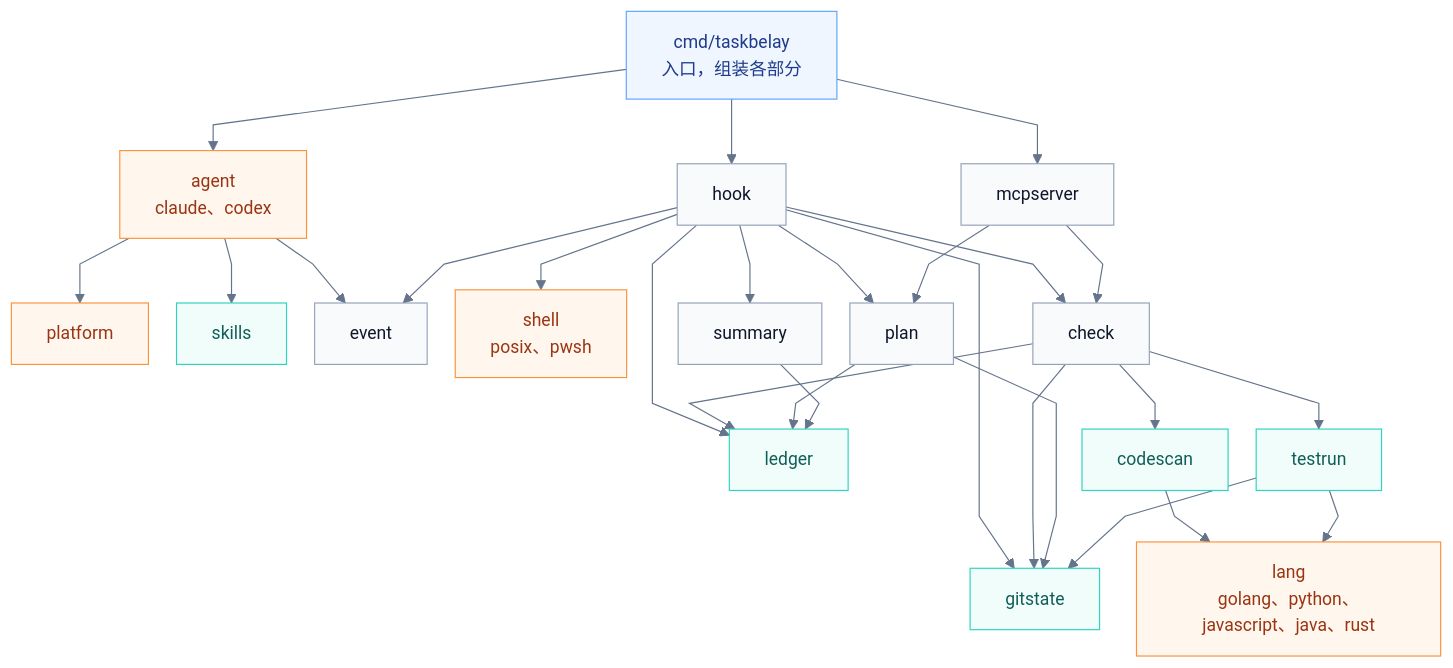
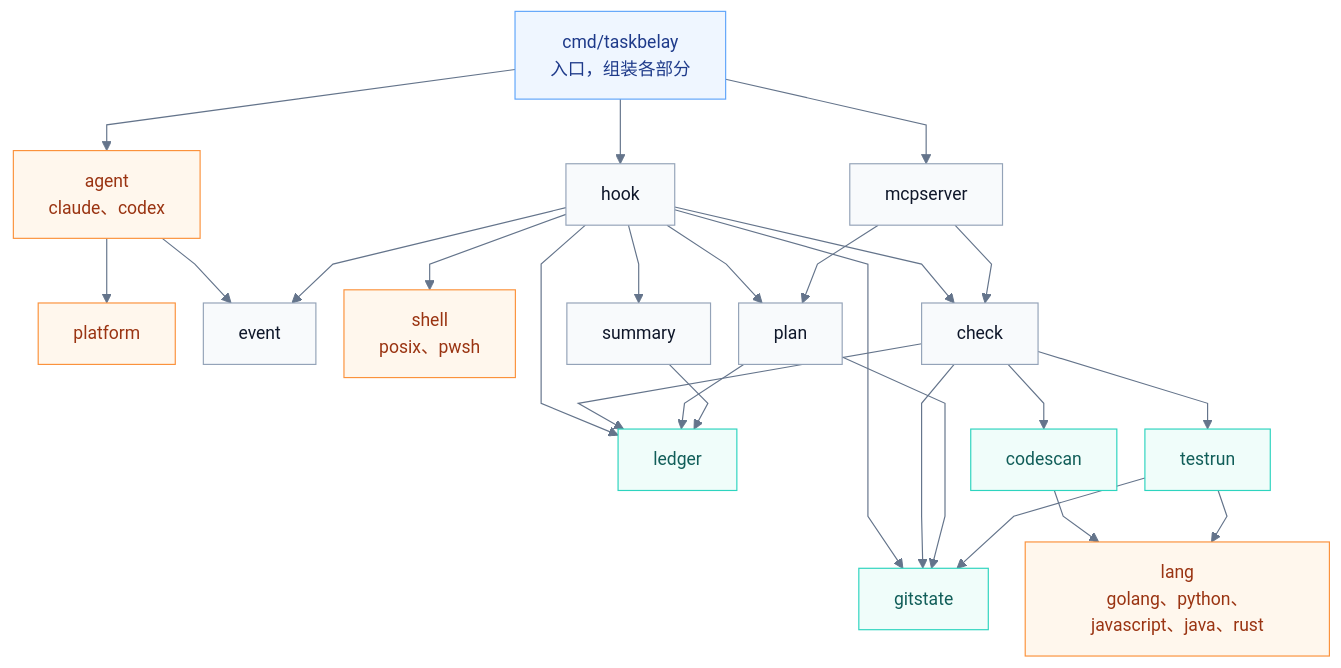
The second of 3 diagrams in docs/product-architecture.md (Innocent-children/TaskBelay), drawn with Mermaid before and after one commit. The commit also changed other lines of this file and 21 other files, not shown here.

````diff
--- a/docs/product-architecture.md
+++ b/docs/product-architecture.md
@@ -113,42 +110,41 @@
 ```mermaid
 %%{init: {"theme": "base", "themeVariables": {"fontFamily": "PingFang SC, Microsoft YaHei, sans-serif", "fontSize": "15px", "edgeLabelBackground": "#ffffff", "lineColor": "#64748b"}, "flowchart": {"curve": "linear", "nodeSpacing": 24, "rankSpacing": 44}}}%%
 flowchart TB
     CMD["cmd/taskbelay<br/>入口，组装各部分"]
 
     CMD --> AGENT["agent<br/>claude、codex"]
     CMD --> HOOK["hook"]
     CMD --> MCPS["mcpserver"]
 
     AGENT --> PLATFORM["platform"]
-    AGENT --> SKILLS["skills"]
     AGENT --> EVENT["event"]
     HOOK --> EVENT
     HOOK --> LEDGER
     HOOK --> GITSTATE
     HOOK --> SHELL["shell<br/>posix、pwsh"]
     HOOK --> CHECK["check"]
     HOOK --> PLAN["plan"]
     HOOK --> SUMMARY["summary"]
     MCPS --> CHECK
     MCPS --> PLAN
 
     CHECK --> CODESCAN["codescan"]
     CHECK --> TESTRUN["testrun"]
     CHECK --> GITSTATE["gitstate"]
     CHECK --> LEDGER["ledger"]
     PLAN --> GITSTATE
     PLAN --> LEDGER
     SUMMARY --> LEDGER
     CODESCAN --> LANG["lang<br/>golang、python、javascript、java、rust"]
     TESTRUN --> LANG
     TESTRUN --> GITSTATE
 
     classDef entry fill:#eff6ff,stroke:#60a5fa,color:#1e3a8a;
     classDef diff fill:#fff7ed,stroke:#fb923c,color:#9a3412;
     classDef logic fill:#f8fafc,stroke:#94a3b8,color:#0f172a;
     classDef data fill:#f0fdfa,stroke:#2dd4bf,color:#115e59;
     class CMD entry;
     class AGENT,PLATFORM,SHELL,LANG diff;
     class EVENT,HOOK,MCPS,CHECK,PLAN,SUMMARY logic;
-    class CODESCAN,TESTRUN,GITSTATE,LEDGER,SKILLS data;
+    class CODESCAN,TESTRUN,GITSTATE,LEDGER data;
 ```
````
